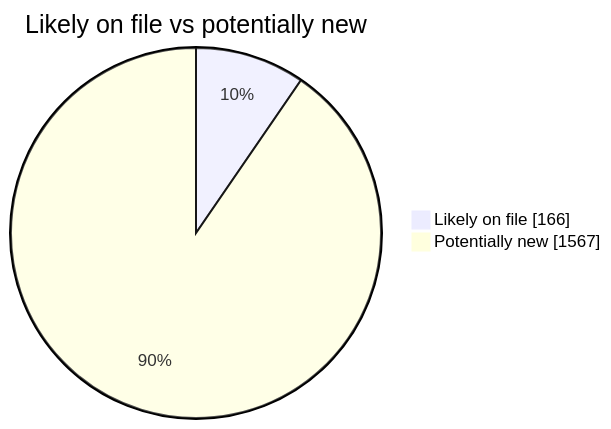
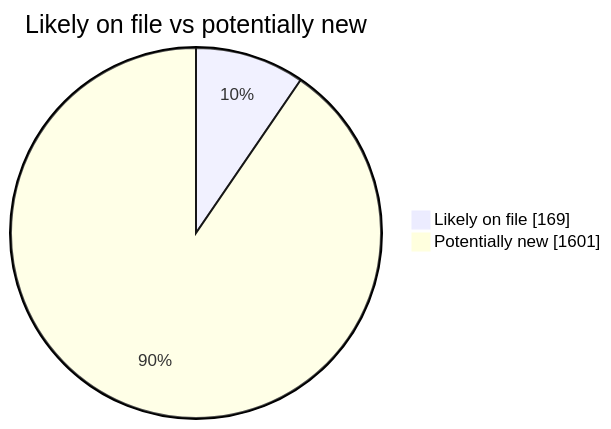
Before and after one commit to martinbalfanz/social-scanner-reports: the second of 4 diagrams in README.md, drawn with Mermaid. The commit also changed other lines of this file and 4 other files, not shown here.

````diff
--- a/README.md
+++ b/README.md
@@ -40,5 +40,5 @@
 ```mermaid
 pie showData title Likely on file vs potentially new
-    "Likely on file" : 166
-    "Potentially new" : 1567
+    "Likely on file" : 169
+    "Potentially new" : 1601
 ```
````
